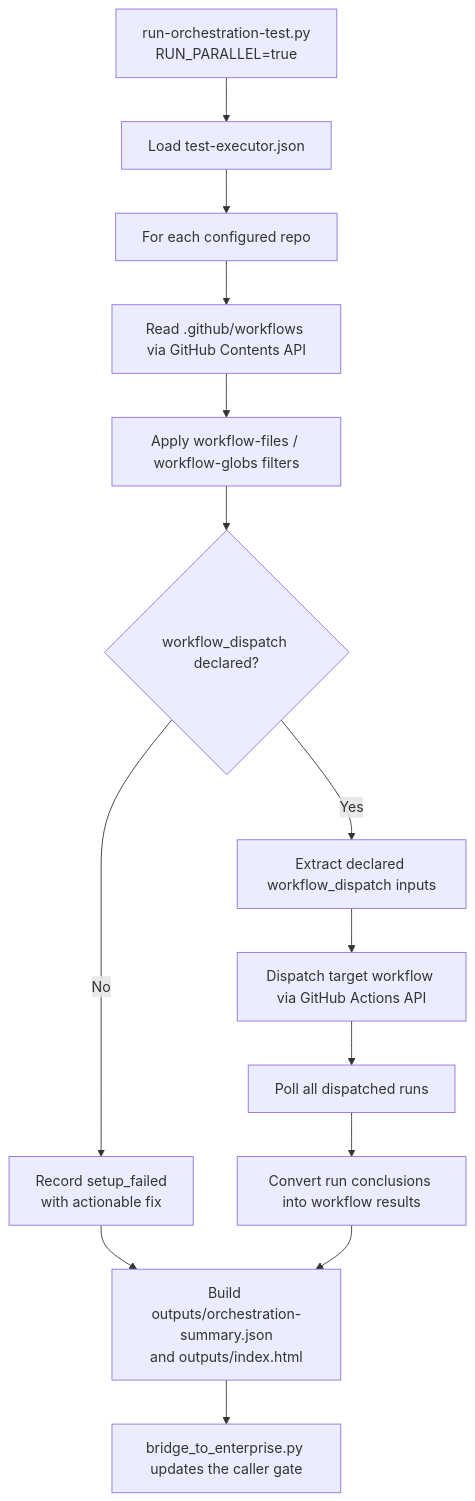
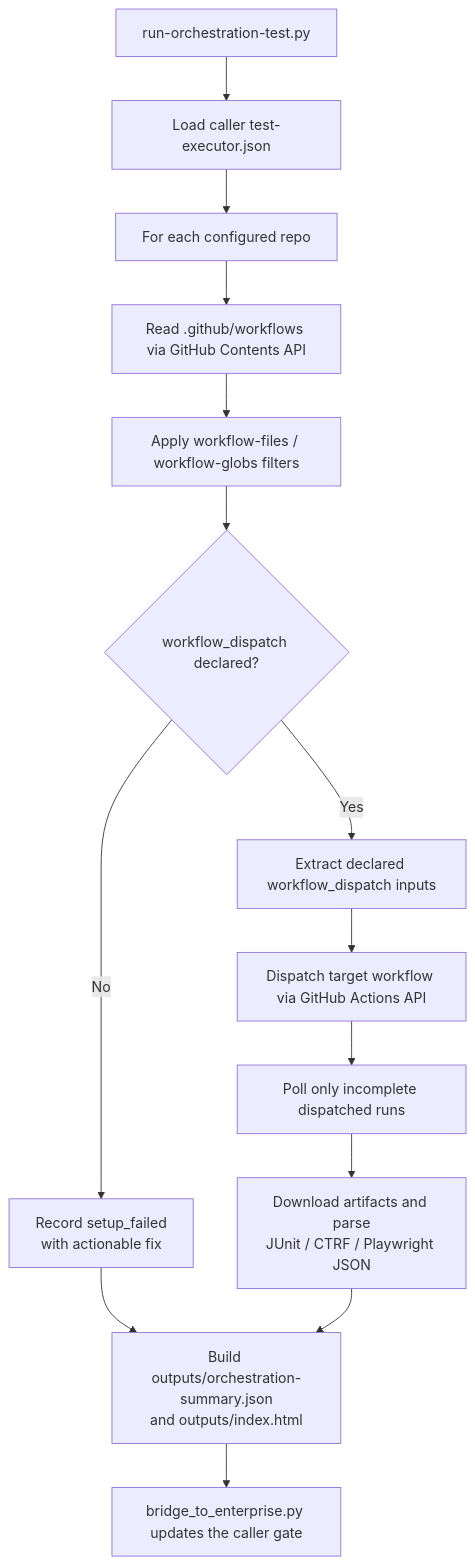
One commit to specmatic/specmatic-tests-orchestrator changed the third of 3 diagrams in README.md. Above: the diagram before and after it, drawn with Mermaid. The commit also changed other lines of this file and 7 other files, not shown here.

First line of the commit message:
Refactor orchestration test script and update test cases

````diff
--- a/README.md
+++ b/README.md
@@ -121,16 +87,16 @@
 ```mermaid
 flowchart TD
-  A["run-orchestration-test.py<br/>RUN_PARALLEL=true"] --> B["Load test-executor.json"]
+  A["run-orchestration-test.py"] --> B["Load caller test-executor.json"]
   B --> C["For each configured repo"]
   C --> D["Read .github/workflows via GitHub Contents API"]
   D --> E["Apply workflow-files / workflow-globs filters"]
   E --> F{"workflow_dispatch declared?"}
   F -->|No| G["Record setup_failed<br/>with actionable fix"]
   F -->|Yes| H["Extract declared workflow_dispatch inputs"]
   H --> I["Dispatch target workflow via GitHub Actions API"]
-  I --> J["Poll all dispatched runs"]
-  J --> K["Convert run conclusions into workflow results"]
+  I --> J["Poll only incomplete dispatched runs"]
+  J --> K["Download artifacts and parse<br/>JUnit / CTRF / Playwright JSON"]
   G --> L["Build outputs/orchestration-summary.json<br/>and outputs/index.html"]
   K --> L
   L --> M["bridge_to_enterprise.py updates the caller gate"]
 ```
````
